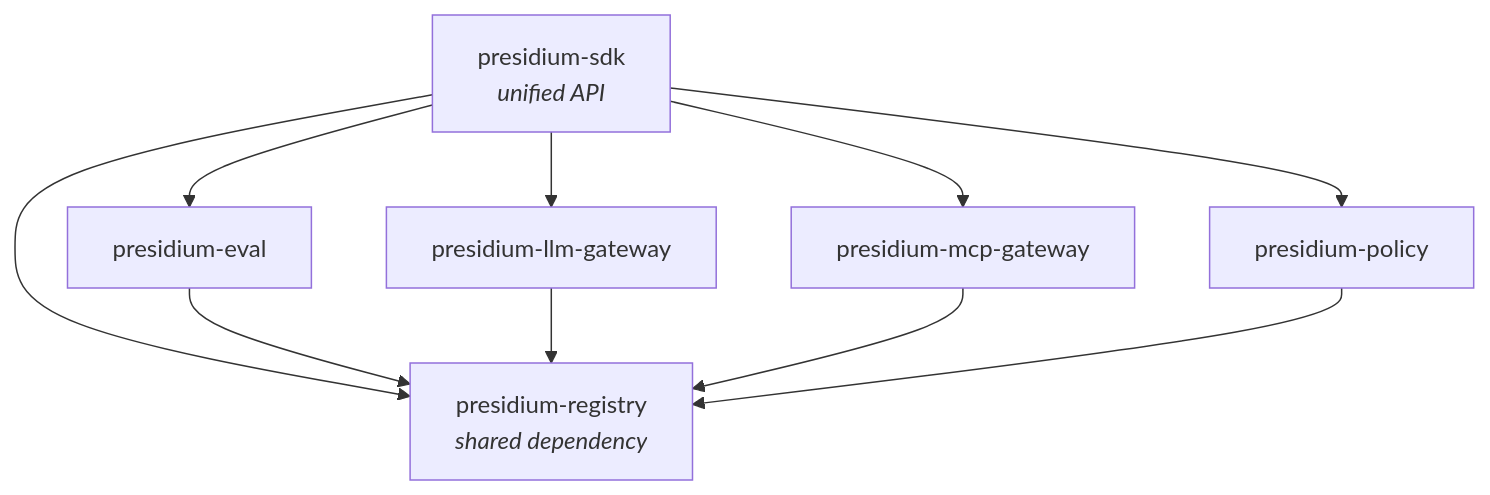
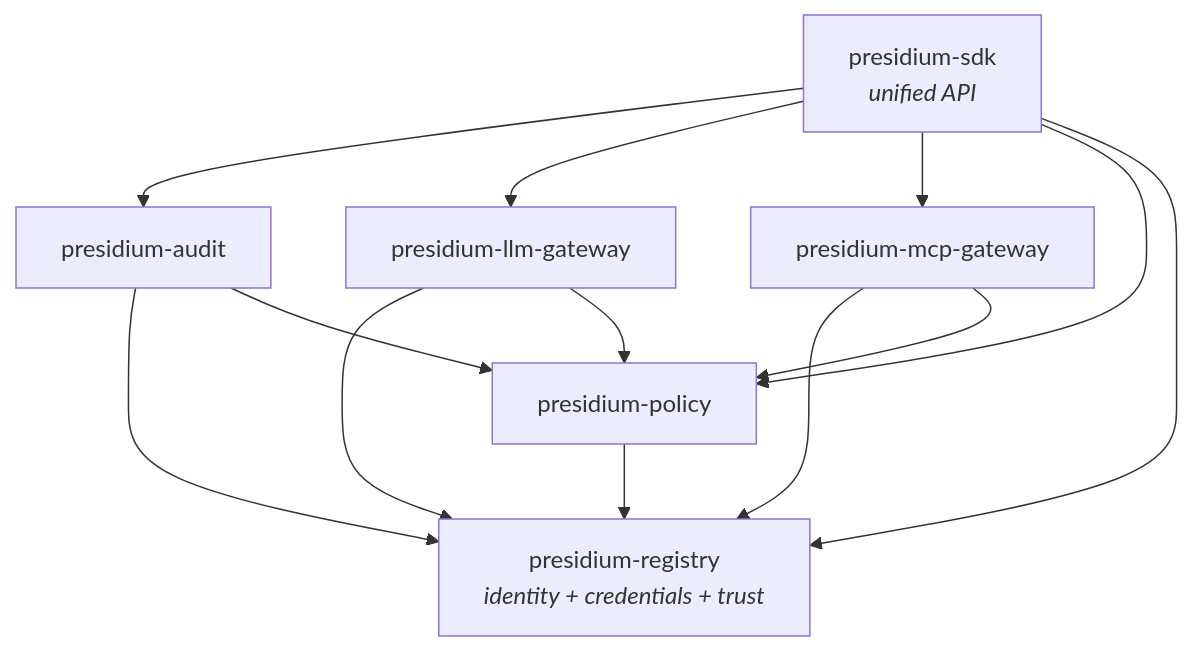
One commit to civitas-io/presidium changed the diagram in docs/architecture/packages.md. Above: the diagram before and after it, drawn with Mermaid. The commit also changed other lines of this file and 7 other files, not shown here.

````diff
--- a/docs/architecture/packages.md
+++ b/docs/architecture/packages.md
@@ -9,13 +10,16 @@
 ```mermaid
 graph TD
     SDK["presidium-sdk<br/><i>unified API</i>"]
-    SDK --> Eval["presidium-eval"]
+    SDK --> Audit["presidium-audit"]
     SDK --> LLMGw["presidium-llm-gateway"]
     SDK --> MCPGw["presidium-mcp-gateway"]
     SDK --> Policy["presidium-policy"]
-    SDK --> Registry["presidium-registry<br/><i>shared dependency</i>"]
-    Eval --> Registry
+    SDK --> Registry["presidium-registry<br/><i>identity + credentials + trust</i>"]
+    Audit --> Registry
+    Audit --> Policy
     LLMGw --> Registry
+    LLMGw --> Policy
     MCPGw --> Registry
+    MCPGw --> Policy
     Policy --> Registry
 ```
````
